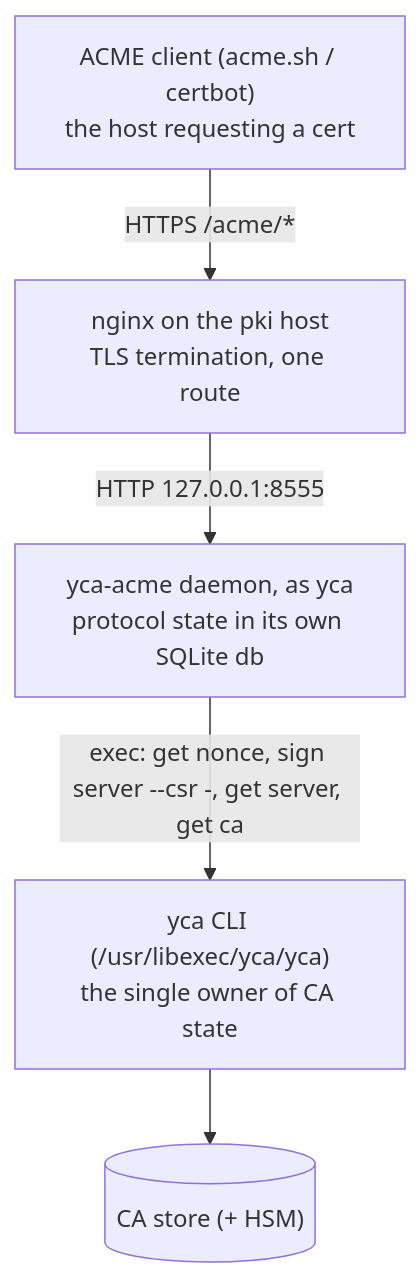
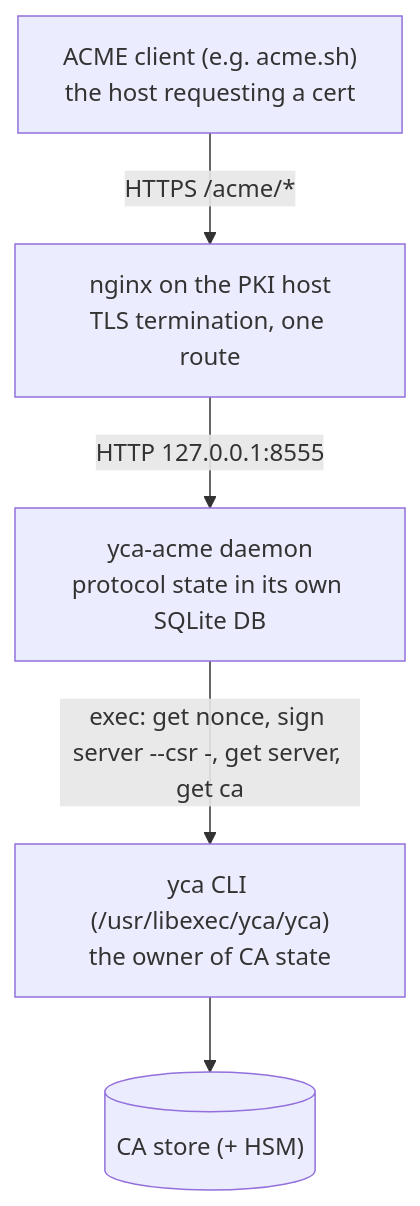
The first of 2 diagrams in docs/acme-operation.md (p7cq/yca), drawn with Mermaid before and after one commit. The commit also changed other lines of this file and 12 other files, not shown here.

````diff
--- a/docs/acme-operation.md
+++ b/docs/acme-operation.md
@@ -8,12 +8,12 @@
 ```mermaid
 flowchart TD
-    client["ACME client (acme.sh / certbot)<br/>the host requesting a cert"]
-    nginx["nginx on the pki host<br/>TLS termination, one route"]
-    daemon["yca-acme daemon, as yca<br/>protocol state in its own SQLite db"]
-    cli["yca CLI (/usr/libexec/yca/yca)<br/>the single owner of CA state"]
+    client["ACME client (e.g. acme.sh)<br/>the host requesting a cert"]
+    nginx["nginx on the PKI host<br/>TLS termination, one route"]
+    daemon["yca-acme daemon<br/>protocol state in its own SQLite DB"]
+    cli["yca CLI (/usr/libexec/yca/yca)<br/>the owner of CA state"]
     store[("CA store (+ HSM)")]
     client -->|"HTTPS /acme/*"| nginx
     nginx -->|"HTTP 127.0.0.1:8555"| daemon
     daemon -->|"exec: get nonce, sign server --csr -, get server, get ca"| cli
     cli --> store
 ```
````
